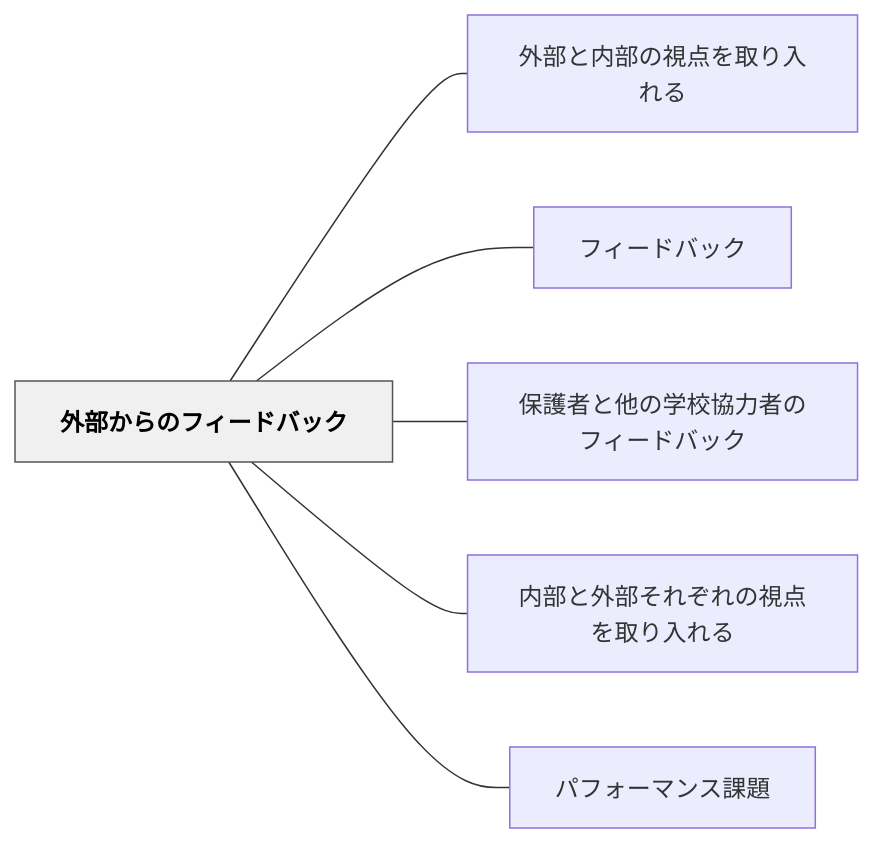
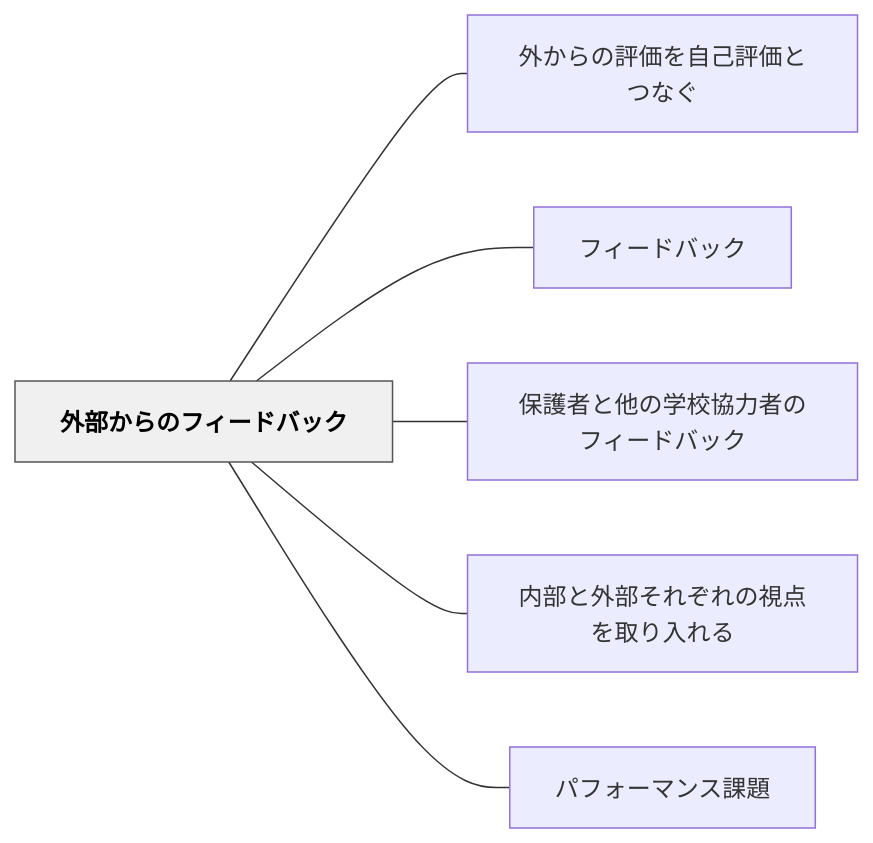
The diagram in content/パタン/外部からのフィードバック.md (unknownthings-ed-patterns/unknownthings-ed-patterns), drawn with Mermaid before and after one commit. The commit also changed other lines of this file and 8 other files, not shown here.

````diff
--- a/content/パタン/外部からのフィードバック.md
+++ b/content/パタン/外部からのフィードバック.md
@@ -55,18 +55,18 @@
 ```mermaid
 flowchart LR
     ne5a496e983a8e3818be38289e381aee38395e382a3e383bce38389e38390e38383e382af["外部からのフィードバック"]
-    ne5a496e983a8e381a8e58685e983a8e381aee8a696e782b9e38292e58f96e3828ae585a5e3828ce3828b["外部と内部の視点を取り入れる"]
+    ne5a496e3818be38289e381aee8a995e4bea1e38292e887aae5b7b1e8a995e4bea1e381a8e381a4e381aae38190["外からの評価を自己評価とつなぐ"]
     ne38395e382a3e383bce38389e38390e38383e382af["フィードバック"]
     ne4bf9de8adb7e88085e381a8e4bb96e381aee5ada6e6a0a1e58d94e58a9be88085e381aee38395e382a3e383bce38389e38390e38383e382af["保護者と他の学校協力者のフィードバック"]
     ne58685e983a8e381a8e5a496e983a8e3819de3828ce3819ee3828ce381aee8a696e782b9e38292e58f96e3828ae585a5e3828ce3828b["内部と外部それぞれの視点を取り入れる"]
     ne38391e38395e382a9e383bce3839ee383b3e382b9e8aab2e9a18c["パフォーマンス課題"]
 
-    ne5a496e983a8e3818be38289e381aee38395e382a3e383bce38389e38390e38383e382af --- ne5a496e983a8e381a8e58685e983a8e381aee8a696e782b9e38292e58f96e3828ae585a5e3828ce3828b
+    ne5a496e983a8e3818be38289e381aee38395e382a3e383bce38389e38390e38383e382af --- ne5a496e3818be38289e381aee8a995e4bea1e38292e887aae5b7b1e8a995e4bea1e381a8e381a4e381aae38190
     ne5a496e983a8e3818be38289e381aee38395e382a3e383bce38389e38390e38383e382af --- ne38395e382a3e383bce38389e38390e38383e382af
     ne5a496e983a8e3818be38289e381aee38395e382a3e383bce38389e38390e38383e382af --- ne4bf9de8adb7e88085e381a8e4bb96e381aee5ada6e6a0a1e58d94e58a9be88085e381aee38395e382a3e383bce38389e38390e38383e382af
     ne5a496e983a8e3818be38289e381aee38395e382a3e383bce38389e38390e38383e382af --- ne58685e983a8e381a8e5a496e983a8e3819de3828ce3819ee3828ce381aee8a696e782b9e38292e58f96e3828ae585a5e3828ce3828b
     ne5a496e983a8e3818be38289e381aee38395e382a3e383bce38389e38390e38383e382af --- ne38391e38395e382a9e383bce3839ee383b3e382b9e8aab2e9a18c
 
     classDef hub fill:#f0f0f0,stroke:#555,color:#000,font-weight:bold
     class ne5a496e983a8e3818be38289e381aee38395e382a3e383bce38389e38390e38383e382af hub
 ```
````
